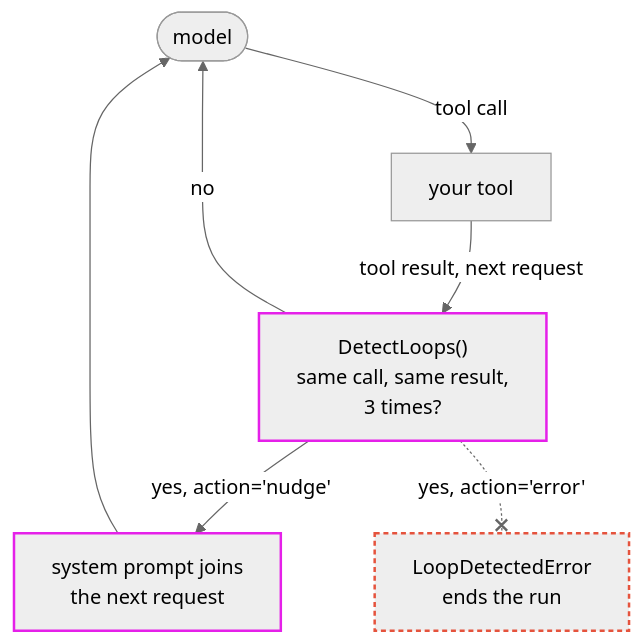
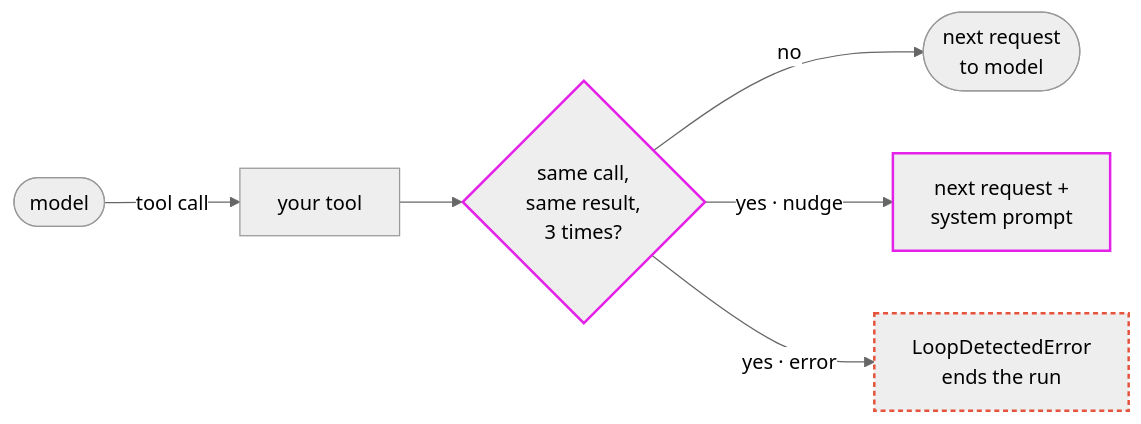
Before and after one commit to pydantic/pydantic-ai: the diagram in src/pydantic_ai_harness/pydantic_ai_harness/detect_loops/README.md, drawn with Mermaid (neutral theme). The commit also changed other lines of this file and 1 other file, not shown here.

Commit message:
docs: redraw Detect Loops diagram left to right and add a within-response example

````diff
--- a/src/pydantic_ai_harness/pydantic_ai_harness/detect_loops/README.md
+++ b/src/pydantic_ai_harness/pydantic_ai_harness/detect_loops/README.md
@@ -9,18 +9,12 @@
 ```mermaid
-flowchart TB
+flowchart LR
     accTitle: Detect Loops: interrupt an agent that repeats itself
-    accDescr: The model calls your tool, and the tool result and the next request pass through DetectLoops, which checks whether the same call gave the same result 3 times. If no, the request goes on to the model. If yes, with action='nudge' a system prompt joins the next request to the model, and with action='error' LoopDetectedError ends the run.
-    model(["model"])
-    tool["your tool"]
-    detect["DetectLoops()<br/>same call, same result,<br/>3 times?"]:::capability
-    nudge["system prompt joins<br/>the next request"]:::capability
-    error["LoopDetectedError<br/>ends the run"]:::blocked
-    model -->|"tool call"| tool
-    tool -->|"tool result, next request"| detect
-    detect -->|"no"| model
-    detect -->|"yes, action='nudge'"| nudge
-    nudge --> model
-    detect -.-x|"yes, action='error'"| error
+    accDescr: Left to right, the model makes a tool call to your tool, and DetectLoops checks whether the same call gave the same result 3 times. If no, the next request goes to the model. If yes, with action='nudge' the next request goes to the model with a system prompt added, and with action='error' LoopDetectedError ends the run.
+    model(["model"]) -->|tool call| tool["your tool"]
+    tool --> check{"same call,<br/>same result,<br/>3 times?"}:::capability
+    check -->|no| next(["next request<br/>to model"])
+    check -->|"yes · nudge"| nudge["next request +<br/>system prompt"]:::capability
+    check -->|"yes · error"| error["LoopDetectedError<br/>ends the run"]:::blocked
     classDef capability stroke:#E520E9,stroke-width:2px
     classDef blocked stroke:#E5533D,stroke-width:2px,stroke-dasharray:4 3
 ```
````
